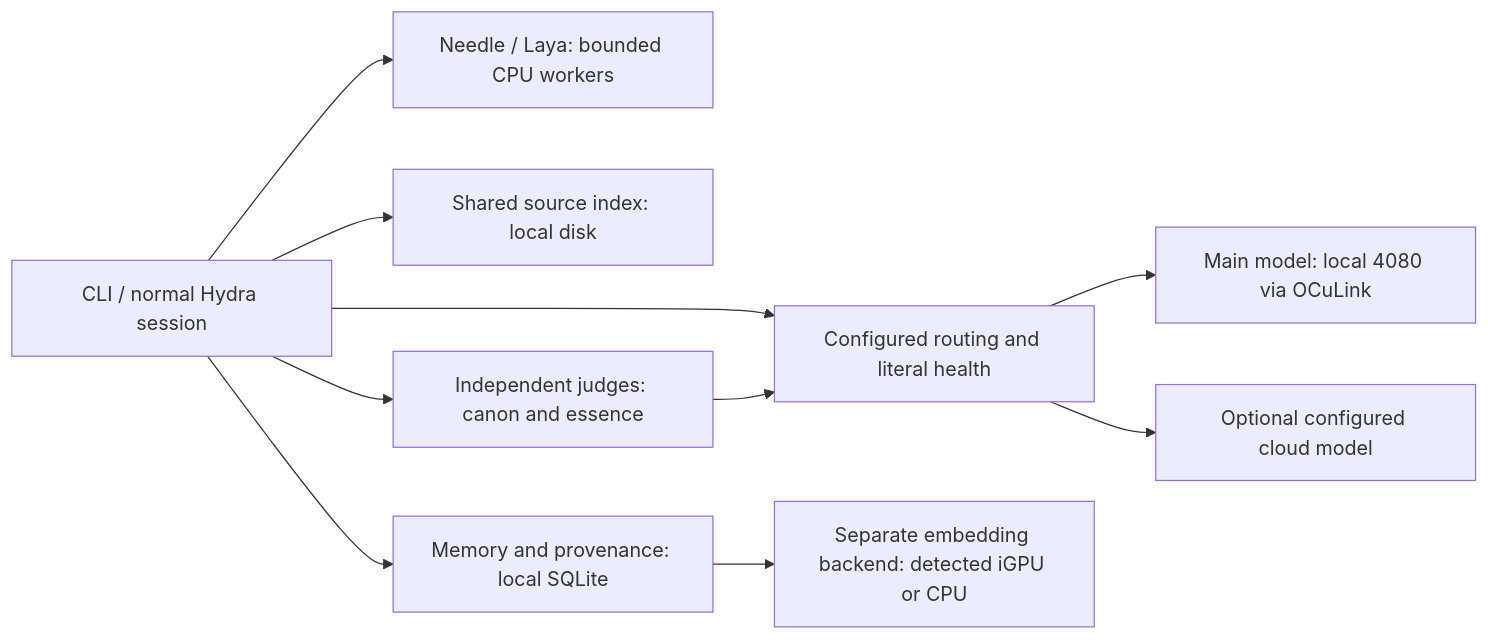
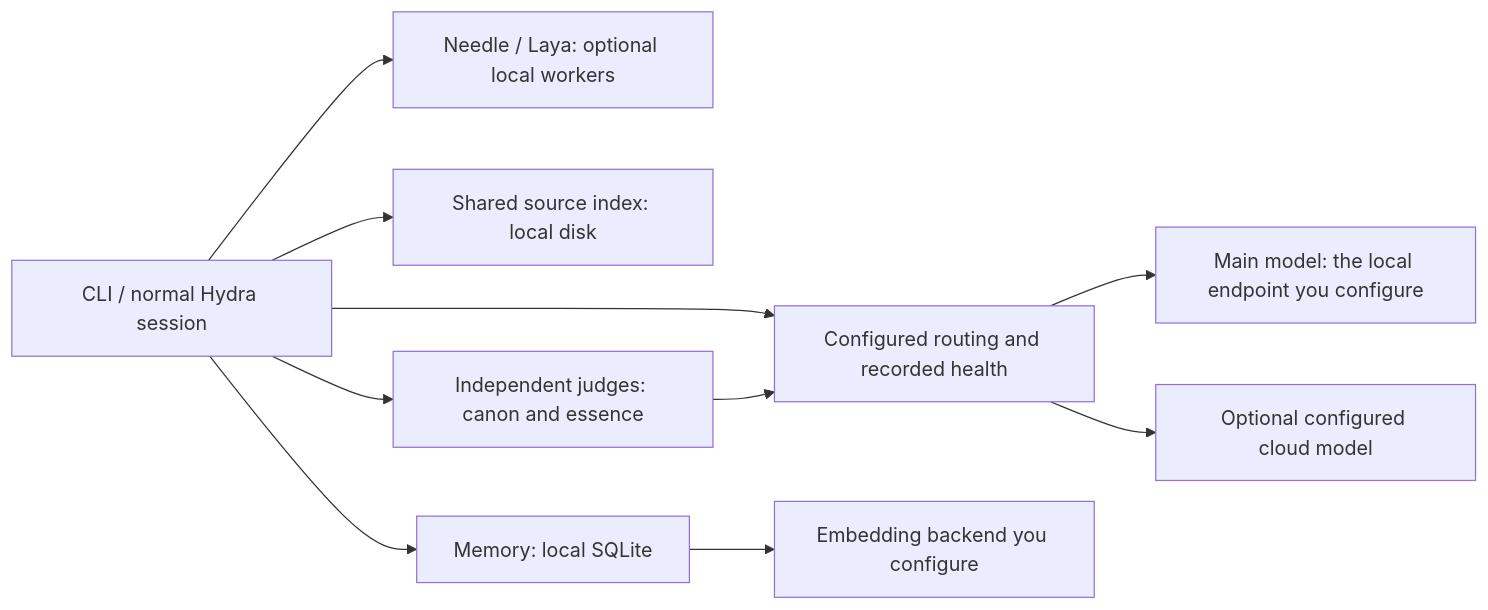
Before and after one commit to Tcuzzo/HydraAgent_public: the diagram in docs/LOCAL-AGNOSTIC-RUNTIME.md, drawn with Mermaid. The commit also changed other lines of this file and 12 other files, not shown here.

````diff
--- a/docs/LOCAL-AGNOSTIC-RUNTIME.md
+++ b/docs/LOCAL-AGNOSTIC-RUNTIME.md
@@ -128,12 +128,12 @@
 ```mermaid
 flowchart LR
-    U[CLI / normal Hydra session] --> R[Configured routing and literal health]
-    R --> G[Main model: local 4080 via OCuLink]
+    U[CLI / normal Hydra session] --> R[Configured routing and recorded health]
+    R --> G[Main model: the local endpoint you configure]
     R --> C[Optional configured cloud model]
-    U --> N[Needle / Laya: bounded CPU workers]
+    U --> N[Needle / Laya: optional local workers]
     U --> I[Shared source index: local disk]
-    U --> M[Memory and provenance: local SQLite]
-    M --> E[Separate embedding backend: detected iGPU or CPU]
+    U --> M[Memory: local SQLite]
+    M --> E[Embedding backend you configure]
     U --> T[Independent judges: canon and essence]
     T --> R
 ```
````
